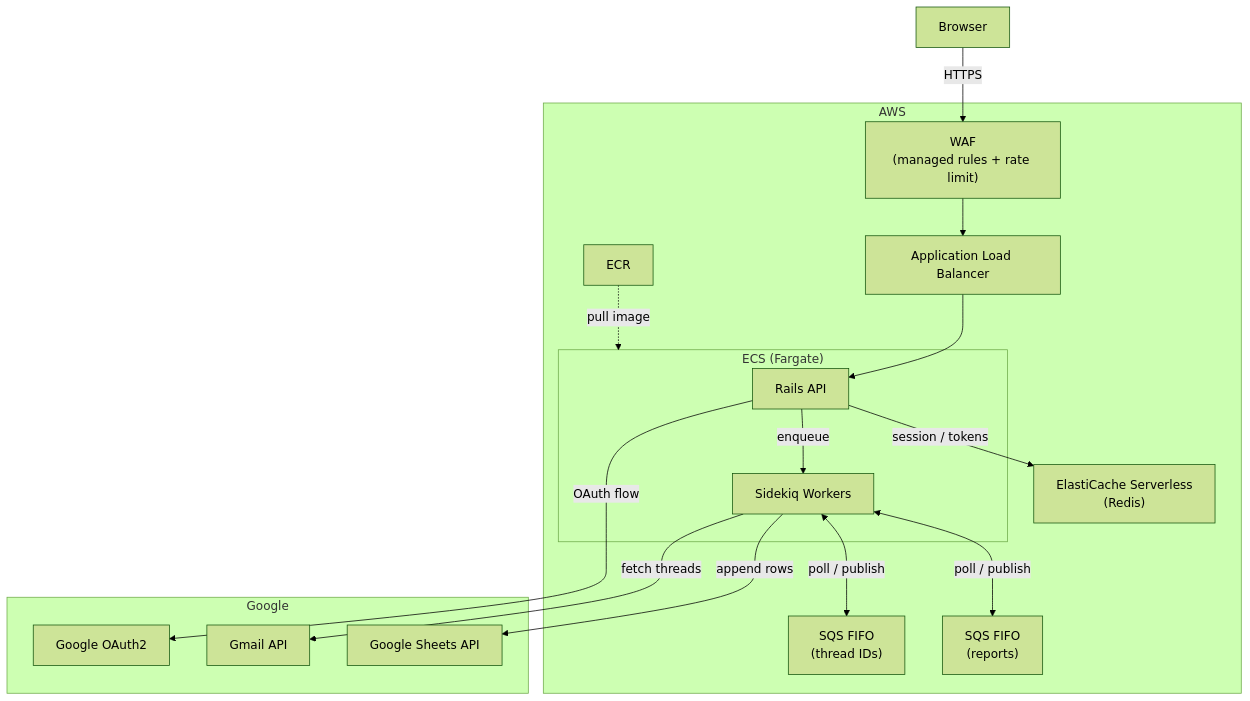
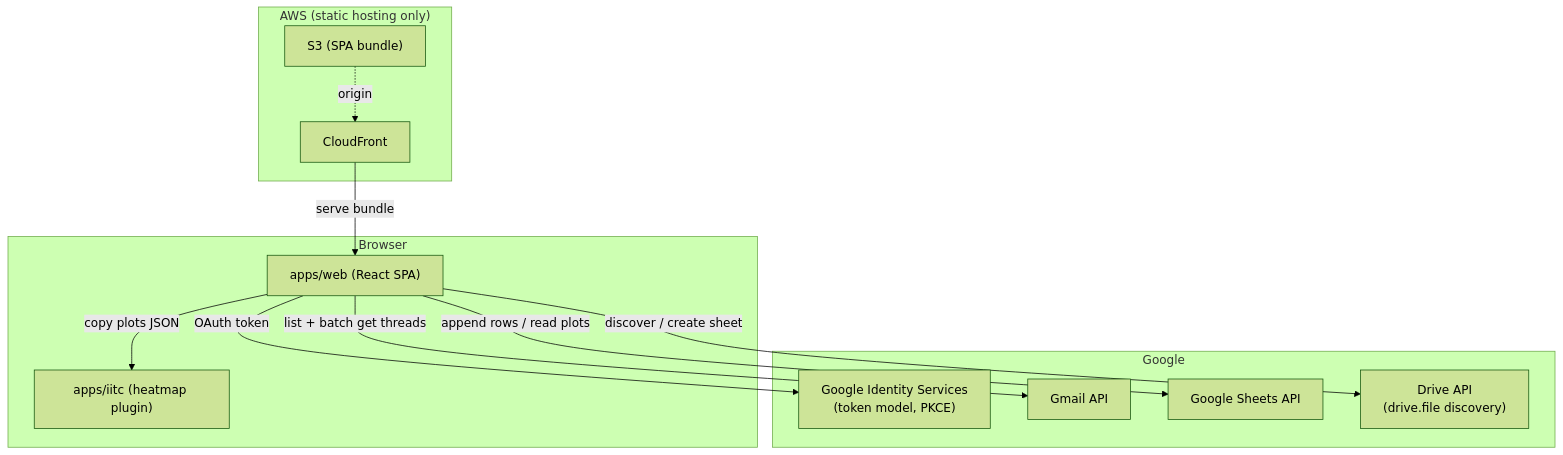
The first of 2 diagrams in README.md (nikola-f/damage-report-plots-v2), drawn with Mermaid (forest theme) before and after one commit. The commit also changed other lines of this file and 121 other files, not shown here.

First line of the commit message:
chore: remove apps/api and API/ECS workflows (Phase 3 Stage 4)

````diff
--- a/README.md
+++ b/README.md
@@ -13,35 +17,27 @@
 ```mermaid
 graph TB
-    Browser["Browser"]
-
-    subgraph AWS
-        WAF["WAF\n(managed rules + rate limit)"]
-        ALB["Application Load Balancer"]
-        subgraph ECS["ECS (Fargate)"]
-            API["Rails API"]
-            Workers["Sidekiq Workers"]
-        end
-        Redis["ElastiCache Serverless\n(Redis)"]
-        SQS1["SQS FIFO\n(thread IDs)"]
-        SQS2["SQS FIFO\n(reports)"]
-        ECR["ECR"]
+    subgraph AWS["AWS (static hosting only)"]
+        S3["S3 (SPA bundle)"]
+        CF["CloudFront"]
     end
 
     subgraph Google
-        OAuth["Google OAuth2"]
+        GIS["Google Identity Services\n(token model, PKCE)"]
         Gmail["Gmail API"]
         Sheets["Google Sheets API"]
+        Drive["Drive API\n(drive.file discovery)"]
     end
 
-    Browser -->|HTTPS| WAF
-    WAF --> ALB
-    ALB --> API
-    API -->|session / tokens| Redis
-    API -->|enqueue| Workers
-    Workers <-->|poll / publish| SQS1
-    Workers <-->|poll / publish| SQS2
-    API -->|OAuth flow| OAuth
-    Workers -->|fetch threads| Gmail
-    Workers -->|append rows| Sheets
-    ECR -.->|pull image| ECS
+    subgraph Client["Browser"]
+        Web["apps/web (React SPA)"]
+        IITC["apps/iitc (heatmap plugin)"]
+    end
+
+    CF -->|serve bundle| Web
+    S3 -.->|origin| CF
+    Web -->|OAuth token| GIS
+    Web -->|list + batch get threads| Gmail
+    Web -->|discover / create sheet| Drive
+    Web -->|append rows / read plots| Sheets
+    Web -->|copy plots JSON| IITC
 ```
````
